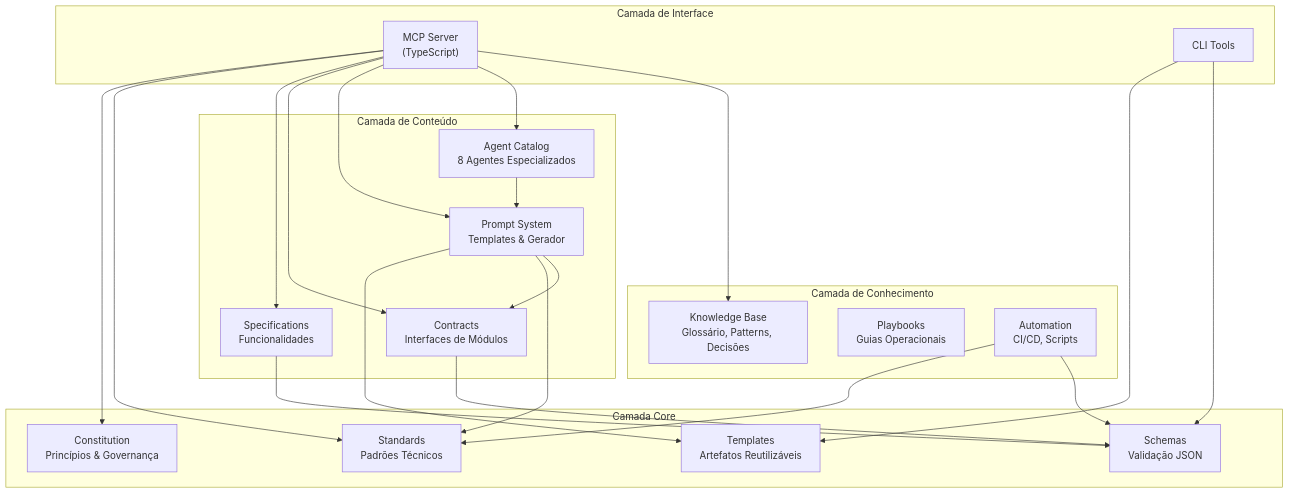
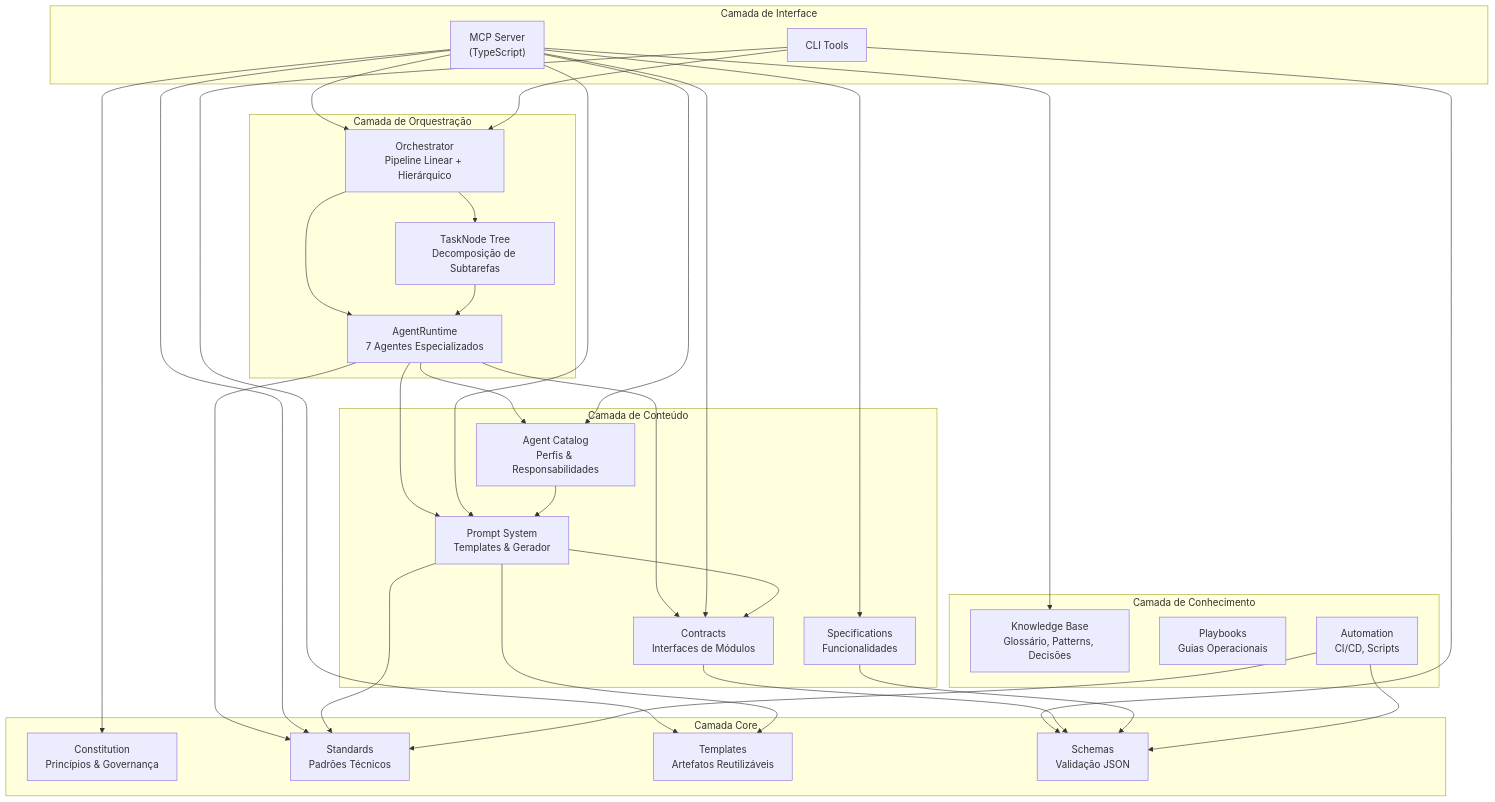
Before and after one commit to zequinha-taveira/engineering-platform: the first of 6 diagrams in architecture/diagrams/platform-diagrams.md, drawn with Mermaid. The commit also changed other lines of this file and 1 other file, not shown here.

Commit message:
docs: add architectural documentation and system diagrams for the engineering platform

````diff
--- a/architecture/diagrams/platform-diagrams.md
+++ b/architecture/diagrams/platform-diagrams.md
@@ -7,49 +7,66 @@
 ```mermaid
 graph TB
     subgraph Interface["Camada de Interface"]
         MCP["MCP Server<br/>(TypeScript)"]
         CLI["CLI Tools"]
+    end
+
+    subgraph Orchestration["Camada de Orquestração"]
+        RUNTIME["AgentRuntime<br/>7 Agentes Especializados"]
+        ORCH["Orchestrator<br/>Pipeline Linear + Hierárquico"]
+        TASK["TaskNode Tree<br/>Decomposição de Subtarefas"]
     end
 
     subgraph Core["Camada Core"]
         CONST["Constitution<br/>Princípios & Governança"]
         STD["Standards<br/>Padrões Técnicos"]
         TMPL["Templates<br/>Artefatos Reutilizáveis"]
         SCH["Schemas<br/>Validação JSON"]
     end
 
     subgraph Content["Camada de Conteúdo"]
         PROMPT["Prompt System<br/>Templates & Gerador"]
-        AGENT["Agent Catalog<br/>8 Agentes Especializados"]
+        AGENT["Agent Catalog<br/>Perfis & Responsabilidades"]
         CONTRACT["Contracts<br/>Interfaces de Módulos"]
         SPEC["Specifications<br/>Funcionalidades"]
     end
 
     subgraph Knowledge["Camada de Conhecimento"]
         KB["Knowledge Base<br/>Glossário, Patterns, Decisões"]
         PB["Playbooks<br/>Guias Operacionais"]
         AUTO["Automation<br/>CI/CD, Scripts"]
     end
+
+    MCP --> ORCH
+    CLI --> ORCH
+    ORCH --> RUNTIME
+    ORCH --> TASK
+    TASK --> RUNTIME
+
+    RUNTIME --> AGENT
+    RUNTIME --> PROMPT
+    RUNTIME --> STD
+    RUNTIME --> CONTRACT
 
     MCP --> CONST
     MCP --> STD
     MCP --> SPEC
     MCP --> CONTRACT
     MCP --> PROMPT
     MCP --> AGENT
     MCP --> KB
 
     CLI --> TMPL
     CLI --> SCH
 
     AGENT --> PROMPT
     PROMPT --> TMPL
     PROMPT --> STD
     PROMPT --> CONTRACT
 
     CONTRACT --> SCH
     SPEC --> SCH
 
     AUTO --> STD
     AUTO --> SCH
 ```
````
